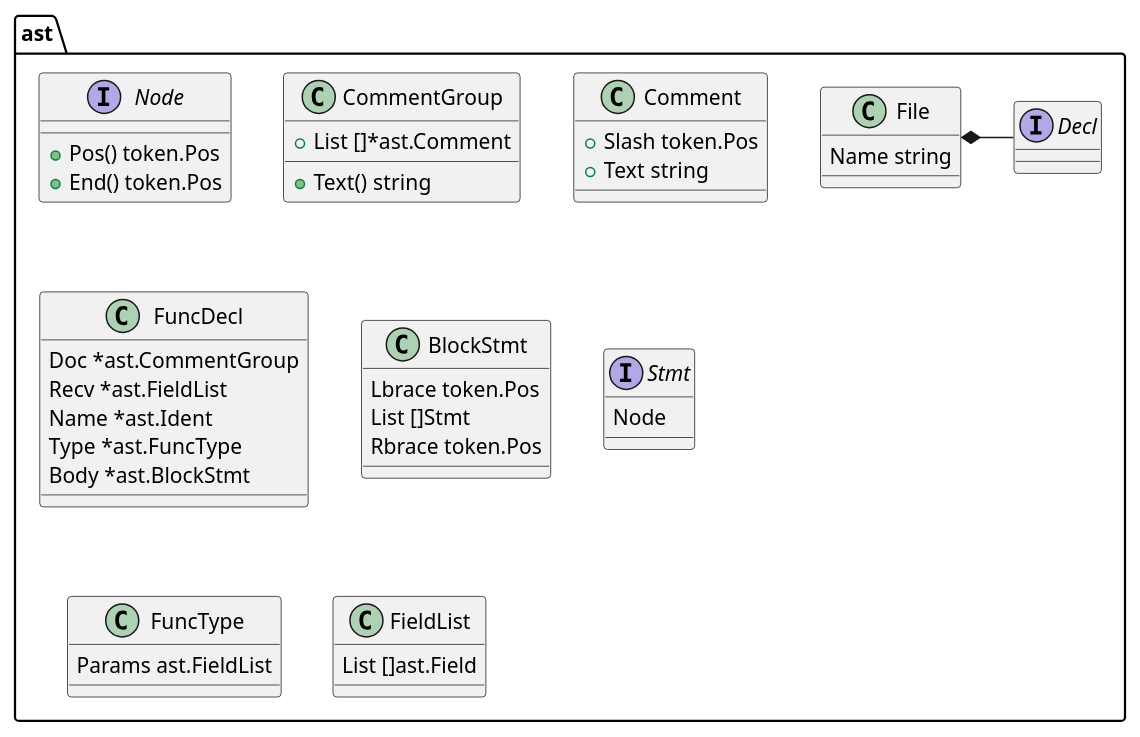
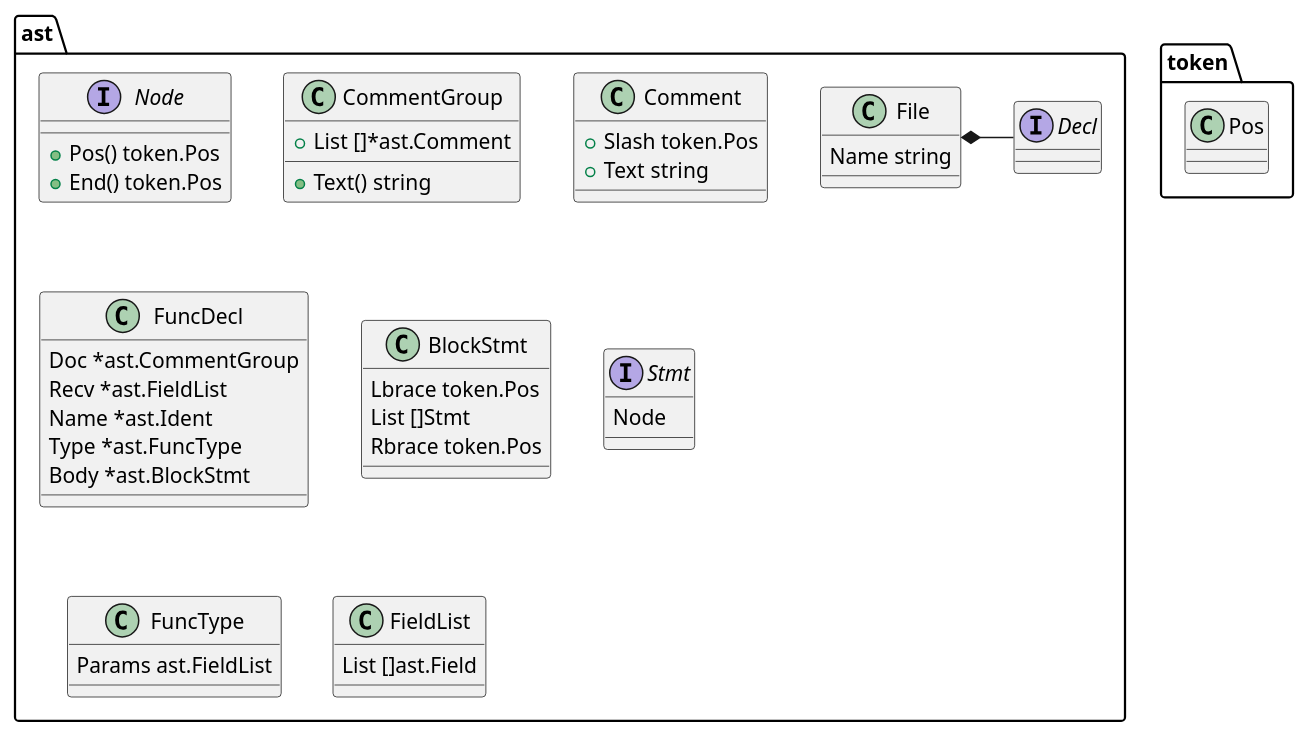
One commit to eroatta/thesis changed the diagram in implementation/ast_elements.puml. Above: the diagram before and after it, drawn with PlantUML. The commit also changed 5 other files, not shown here.

```diff
--- a/implementation/ast_elements.puml
+++ b/implementation/ast_elements.puml
@@ -1,52 +1,56 @@
 @startuml elements
 
 class ast.File {
     Name string
 }
 
 interface ast.Decl
 
 interface ast.Node {
     + Pos() token.Pos
     + End() token.Pos
 }
 
 class ast.CommentGroup {
     + List []*ast.Comment
     + Text() string
 }
 
 class ast.Comment {
     + Slash token.Pos
     + Text string
 }
 
 class ast.FuncDecl {
     Doc *ast.CommentGroup
     Recv *ast.FieldList
     Name *ast.Ident
     Type *ast.FuncType
     Body *ast.BlockStmt
 }
 
 class ast.BlockStmt {
     Lbrace token.Pos
     List []Stmt
     Rbrace token.Pos
 }
 
 interface ast.Stmt {
     Node
 }
 
 ast.File *- ast.Decl
 
 class ast.FuncType {
     Params ast.FieldList
 }
 
 class ast.FieldList {
     List []ast.Field
 }
 
+package token {
+    class Pos
+}
+
 @enduml
```
